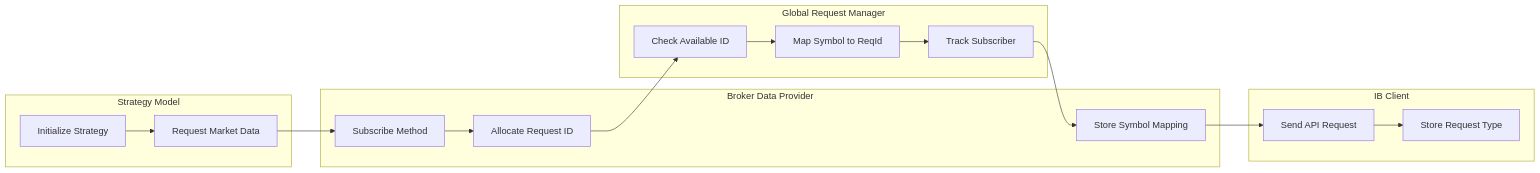
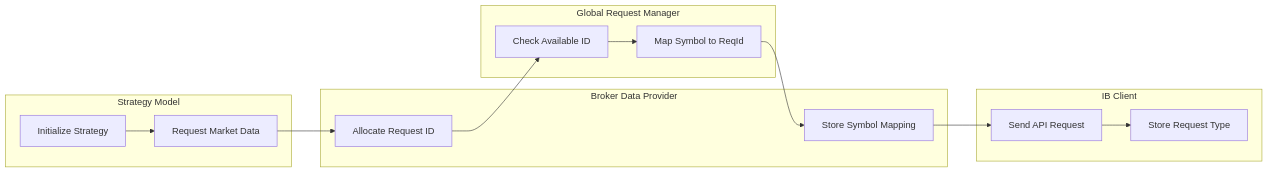
Before and after one commit to CloseToAlgoTrading/IbTradeQtDev: diagram 15 of 23 in IbTradeQt/ARCHITECTURE.md, drawn with Mermaid. The commit also changed other lines of this file and 33 other files, not shown here.

````diff
--- a/IbTradeQt/ARCHITECTURE.md
+++ b/IbTradeQt/ARCHITECTURE.md
@@ -1082,34 +1079,30 @@
 ```mermaid
 flowchart LR
     subgraph Strategy[Strategy Model]
         StrategyInit[Initialize Strategy]
         StrategyReq[Request Market Data]
     end
     
     subgraph Provider[Broker Data Provider]
-        Subscribe[Subscribe Method]
         AllocReq[Allocate Request ID]
         StoreMap[Store Symbol Mapping]
     end
     
     subgraph ReqMgr[Global Request Manager]
         CheckAvail[Check Available ID]
         MapSymbol[Map Symbol to ReqId]
-        TrackSubscriber[Track Subscriber]
     end
     
     subgraph Broker[IB Client]
         SendAPI[Send API Request]
         StoreReqType[Store Request Type]
     end
     
     StrategyInit --> StrategyReq
-    StrategyReq --> Subscribe
-    Subscribe --> AllocReq
+    StrategyReq --> AllocReq
     AllocReq --> CheckAvail
     CheckAvail --> MapSymbol
-    MapSymbol --> TrackSubscriber
-    TrackSubscriber --> StoreMap
+    MapSymbol --> StoreMap
     StoreMap --> SendAPI
     SendAPI --> StoreReqType
 ```
````
